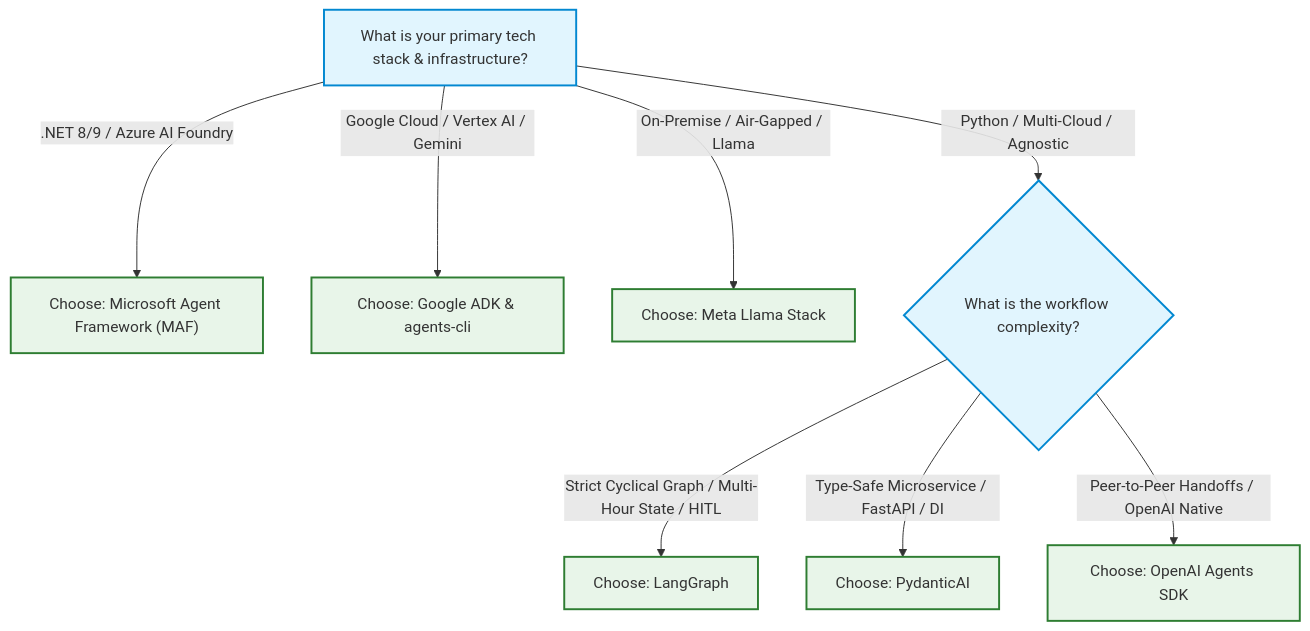
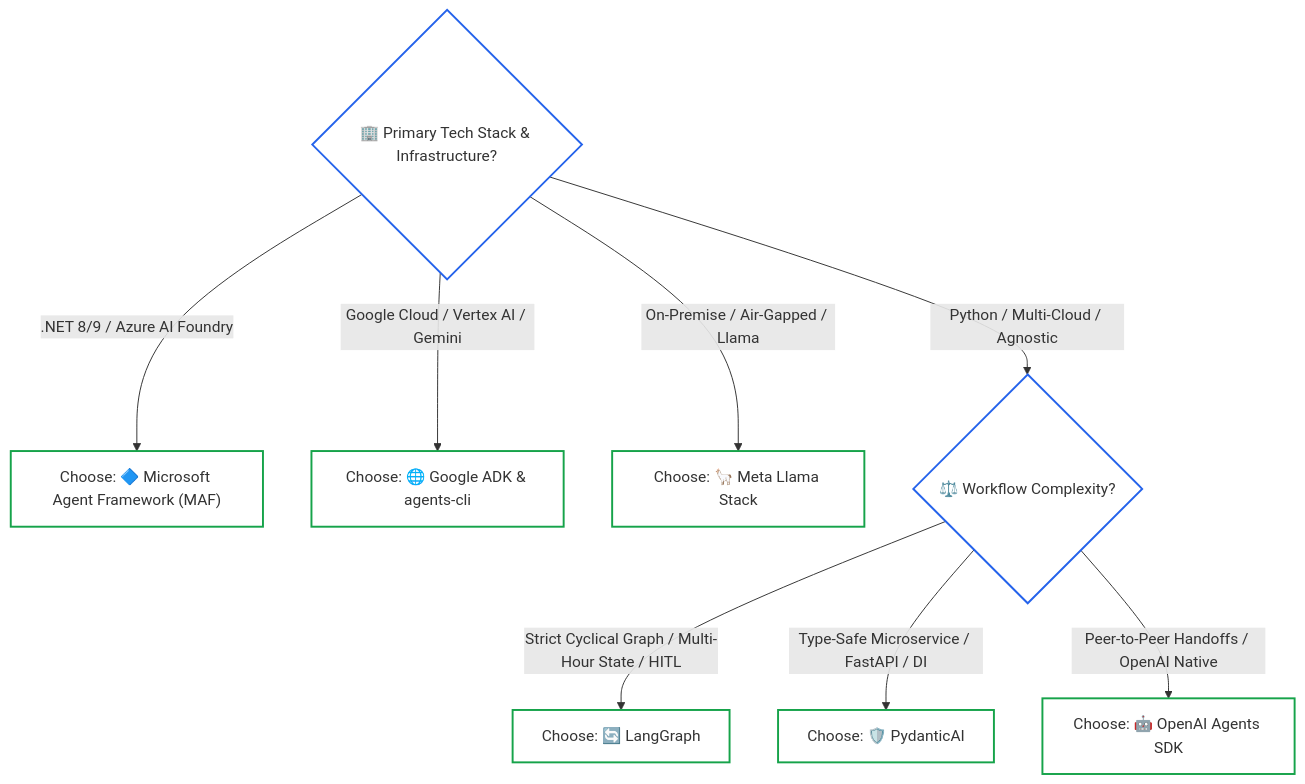
The diagram in 04-agentic-systems-and-orchestration/reference/enterprise-agent-frameworks-matrix.md (dip4k/senior-engineer-to-ai-engineer-roadmap), drawn with Mermaid before and after one commit. The commit also changed other lines of this file and 94 other files, not shown here.

Commit message:
refactor(curriculum): complete Phase 04 upgrade and enforce diagram renderer invariants

````diff
--- a/04-agentic-systems-and-orchestration/reference/enterprise-agent-frameworks-matrix.md
+++ b/04-agentic-systems-and-orchestration/reference/enterprise-agent-frameworks-matrix.md
@@ -69,16 +69,22 @@
 ```mermaid
 flowchart TD
-    classDef q fill:#e1f5fe,stroke:#0288d1,stroke-width:2px;
-    classDef pick fill:#e8f5e9,stroke:#2e7d32,stroke-width:2px;
+    Start{"🏢 Primary Tech Stack & Infrastructure?"}
+    
+    Start -->|".NET 8/9 / Azure AI Foundry"| MAF["Choose: 🔷 Microsoft Agent Framework (MAF)"]
+    Start -->|"Google Cloud / Vertex AI / Gemini"| ADK["Choose: 🌐 Google ADK & agents-cli"]
+    Start -->|"On-Premise / Air-Gapped / Llama"| Llama["Choose: 🦙 Meta Llama Stack"]
+    Start -->|"Python / Multi-Cloud / Agnostic"| Q2{"⚖️ Workflow Complexity?"}
+    
+    Q2 -->|"Strict Cyclical Graph / Multi-Hour State / HITL"| LG["Choose: 🔄 LangGraph"]
+    Q2 -->|"Type-Safe Microservice / FastAPI / DI"| PAI["Choose: 🛡️ PydanticAI"]
+    Q2 -->|"Peer-to-Peer Handoffs / OpenAI Native"| OAI["Choose: 🤖 OpenAI Agents SDK"]
 
-    Start["What is your primary tech stack & infrastructure?"]:::q
-    
-    Start -->|".NET 8/9 / Azure AI Foundry"| MAF["Choose: Microsoft Agent Framework (MAF)"]:::pick
-    Start -->|"Google Cloud / Vertex AI / Gemini"| ADK["Choose: Google ADK & agents-cli"]:::pick
-    Start -->|"On-Premise / Air-Gapped / Llama"| Llama["Choose: Meta Llama Stack"]:::pick
-    Start -->|"Python / Multi-Cloud / Agnostic"| Q2{"What is the workflow complexity?"}:::q
-    
-    Q2 -->|"Strict Cyclical Graph / Multi-Hour State / HITL"| LG["Choose: LangGraph"]:::pick
-    Q2 -->|"Type-Safe Microservice / FastAPI / DI"| PAI["Choose: PydanticAI"]:::pick
-    Q2 -->|"Peer-to-Peer Handoffs / OpenAI Native"| OAI["Choose: OpenAI Agents SDK"]:::pick
+    style Start stroke:#2563eb,stroke-width:2px,fill:none
+    style Q2 stroke:#2563eb,stroke-width:2px,fill:none
+    style MAF stroke:#16a34a,stroke-width:2px,fill:none
+    style ADK stroke:#16a34a,stroke-width:2px,fill:none
+    style Llama stroke:#16a34a,stroke-width:2px,fill:none
+    style LG stroke:#16a34a,stroke-width:2px,fill:none
+    style PAI stroke:#16a34a,stroke-width:2px,fill:none
+    style OAI stroke:#16a34a,stroke-width:2px,fill:none
 ```
````
